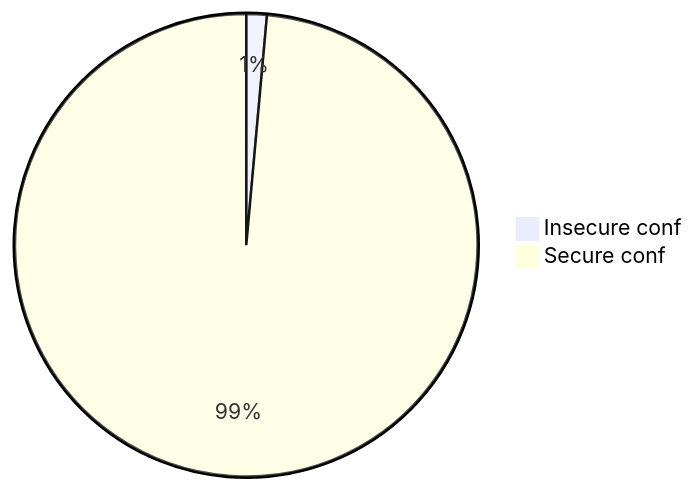
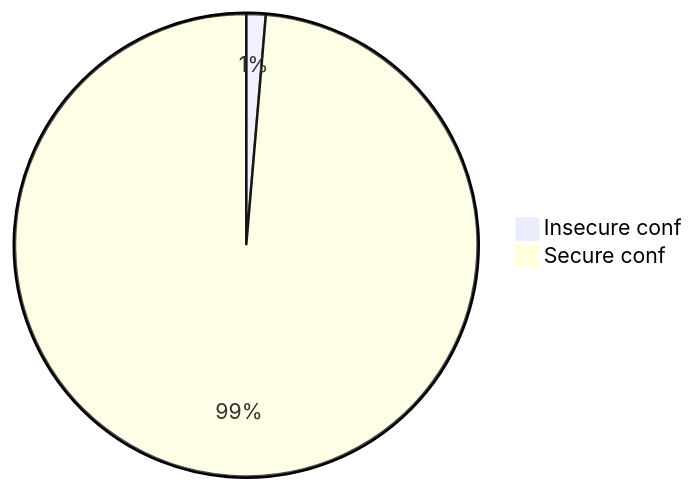
One commit to oshp/oshp-stats changed diagram 19 of 22 in stats.md. Above: the diagram before and after it, drawn with Mermaid. The commit also changed other lines of this file, not shown here.

````diff
--- a/stats.md
+++ b/stats.md
@@ -226,6 +226,6 @@
 ```mermaid
 pie
-	"Insecure conf" : 1.43
-	"Secure conf" : 98.57
+	"Insecure conf" : 1.35
+	"Secure conf" : 98.65
 
 ```
````
